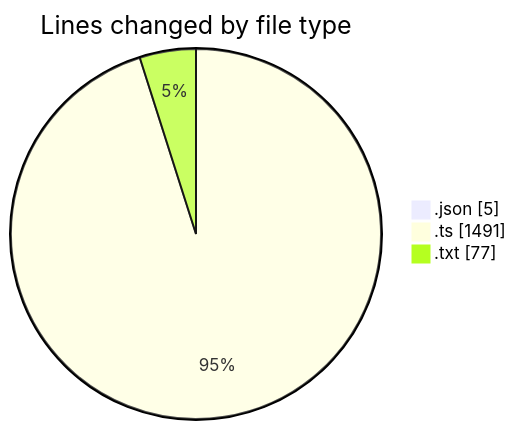
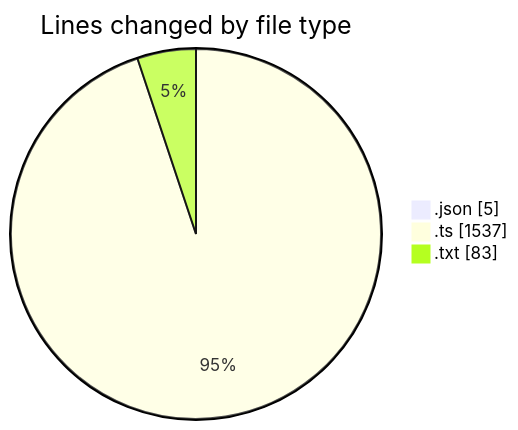
Before and after one commit to CELIANVF/code-tracking: the first of 2 diagrams in 2025-05-27/ecodeli-1/README.md, drawn with Mermaid. The commit also changed other lines of this file and 1 other file, not shown here.

````diff
--- a/2025-05-27/ecodeli-1/README.md
+++ b/2025-05-27/ecodeli-1/README.md
@@ -23,7 +23,7 @@
 ```mermaid
 pie showData
 title Lines changed by file type
 ".json" : 5
-".ts" : 1491
-".txt" : 77
+".ts" : 1537
+".txt" : 83
 ```
````
